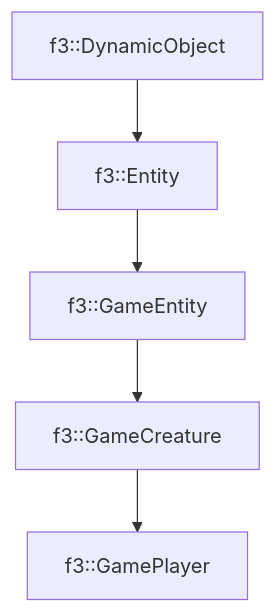
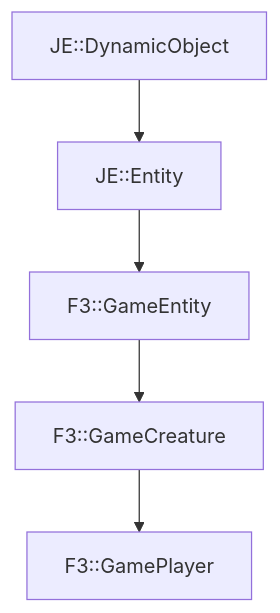
The diagram in docs/f3/GamePlayer.md (OpenJE/openvb), drawn with Mermaid before and after one commit. The commit also changed other lines of this file and 1399 other files, not shown here.

````diff
--- a/docs/f3/GamePlayer.md
+++ b/docs/f3/GamePlayer.md
@@ -19,7 +19,7 @@
 ```mermaid
 graph TD;
-    f3::DynamicObject --> f3::Entity
-    f3::Entity --> f3::GameEntity
-    f3::GameEntity --> f3::GameCreature
-    f3::GameCreature --> f3::GamePlayer
+    JE::DynamicObject --> JE::Entity
+    JE::Entity --> F3::GameEntity
+    F3::GameEntity --> F3::GameCreature
+    F3::GameCreature --> F3::GamePlayer
 ```
````
